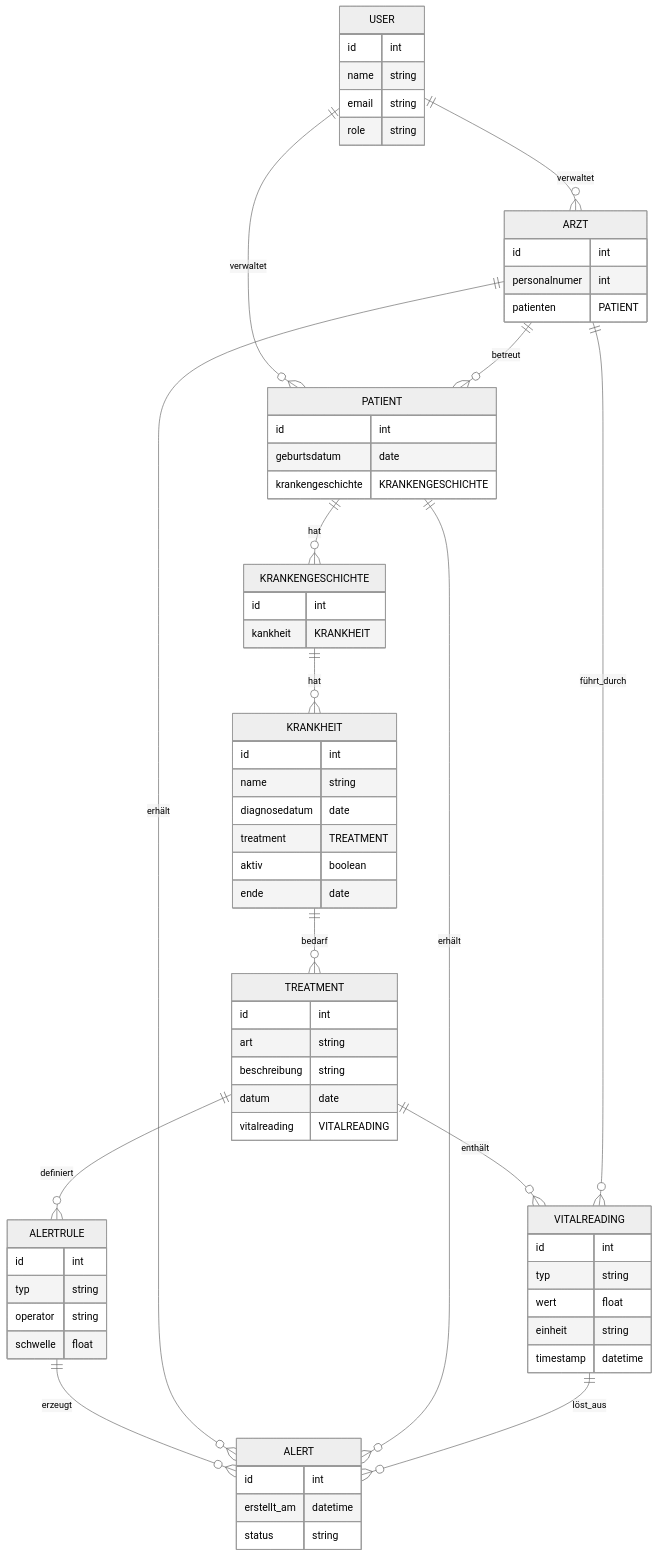
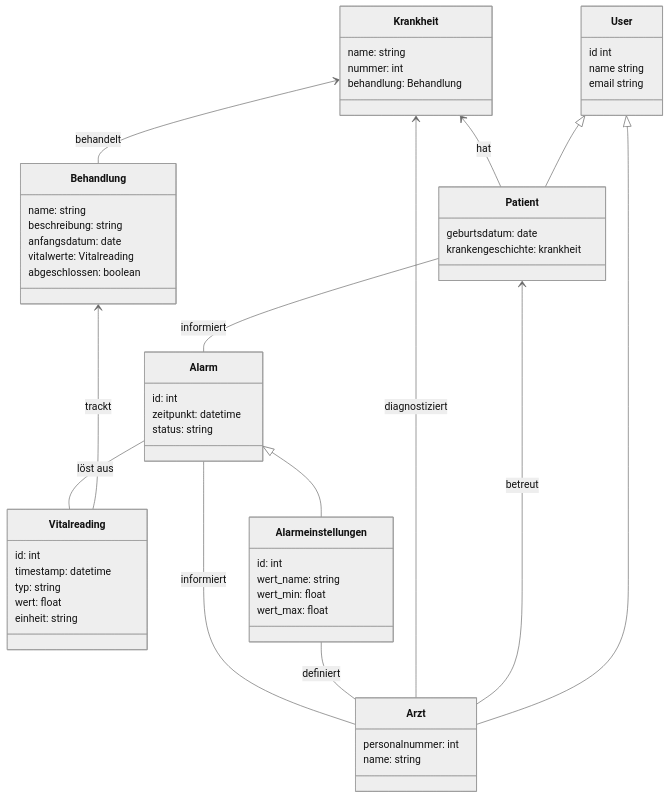
The second of 2 diagrams in README.md (Nadolze/MediTrack), drawn with Mermaid (neutral theme) before and after one commit.

Commit message:
Update Readme: Umwandlung in UML

````diff
--- a/README.md
+++ b/README.md
@@ -127,71 +127,65 @@
 ```mermaid
-erDiagram
-    USER ||--o{ PATIENT : verwaltet
-    USER ||--o{ ARZT : verwaltet
-    TREATMENT ||--o{ VITALREADING : enthält
-    ALERTRULE ||--o{ ALERT : erzeugt
-    ARZT ||--o{ ALERT : erhält
-    ARZT ||--o{ PATIENT : betreut
-    PATIENT ||--o{ ALERT : erhält
-    TREATMENT ||--o{ ALERTRULE : definiert
-    PATIENT ||--o{ KRANKENGESCHICHTE : hat
-    KRANKENGESCHICHTE ||--o{ KRANKHEIT : hat
-    KRANKHEIT ||--o{ TREATMENT : bedarf
-    VITALREADING ||--o{ ALERT : löst_aus
-    ARZT ||--o{ VITALREADING : führt_durch 
+---
+config:
+  layout: dagre
+---
+classDiagram
+direction BT
+    class Patient {
+	    geburtsdatum: date
+	    krankengeschichte: krankheit
+    }
+    class Arzt {
+	    personalnummer: int
+	    name: string
+    }
+    class Krankheit {
+	    name: string
+	    nummer: int
+	    behandlung: Behandlung
+    }
+    class Behandlung {
+	    name: string
+	    beschreibung: string
+	    anfangsdatum: date
+	    vitalwerte: Vitalreading
+	    abgeschlossen: boolean
+    }
+    class User {
+	    id int
+	    name string
+	    email string
+    }
+    class Vitalreading {
+	    id: int
+	    timestamp: datetime
+	    typ: string
+	    wert: float
+	    einheit: string
+    }
+    class Alarm {
+	    id: int
+	    zeitpunkt: datetime
+	    status: string
+    }
+    class Alarmeinstellungen {
+	    id: int
+	    wert_name: string
+	    wert_min: float
+	    wert_max: float
+    }
 
+    Patient --|> User
+    Arzt --|> User
+    Arzt --> Patient : betreut
+    Patient --> Krankheit : hat
+    Arzt --> Krankheit : diagnostiziert
+    Behandlung --> Krankheit : behandelt
+    Vitalreading --> Behandlung : trackt
+    Vitalreading -- Alarm : löst aus
+    Alarm -- Arzt : informiert
+    Alarm -- Patient : informiert
+    Alarmeinstellungen --|> Alarm
+    Arzt -- Alarmeinstellungen : definiert
 
-    USER {
-        id int
-        name string
-        email string
-        role string
-    }
-    PATIENT {
-        id int
-        geburtsdatum date
-        krankengeschichte KRANKENGESCHICHTE
-    }
-    KRANKENGESCHICHTE {
-        id int
-        kankheit KRANKHEIT
-        }
-    KRANKHEIT {
-        id int
-        name string
-        diagnosedatum date
-        treatment TREATMENT
-        aktiv boolean
-        ende date
-    }   
-    ARZT {
-        id int
-        personalnumer int
-        patienten PATIENT
-    }
-    VITALREADING {
-        id int
-        typ string
-        wert float
-        einheit string
-        timestamp datetime
-    }
-    TREATMENT {
-        id int
-        art string
-        beschreibung string
-        datum date
-        vitalreading VITALREADING
-    }
-    ALERTRULE {
-        id int
-        typ string
-        operator string
-        schwelle float
-    }
-    ALERT {
-        id int
-        erstellt_am datetime
-        status string
-    }
 ```
````
